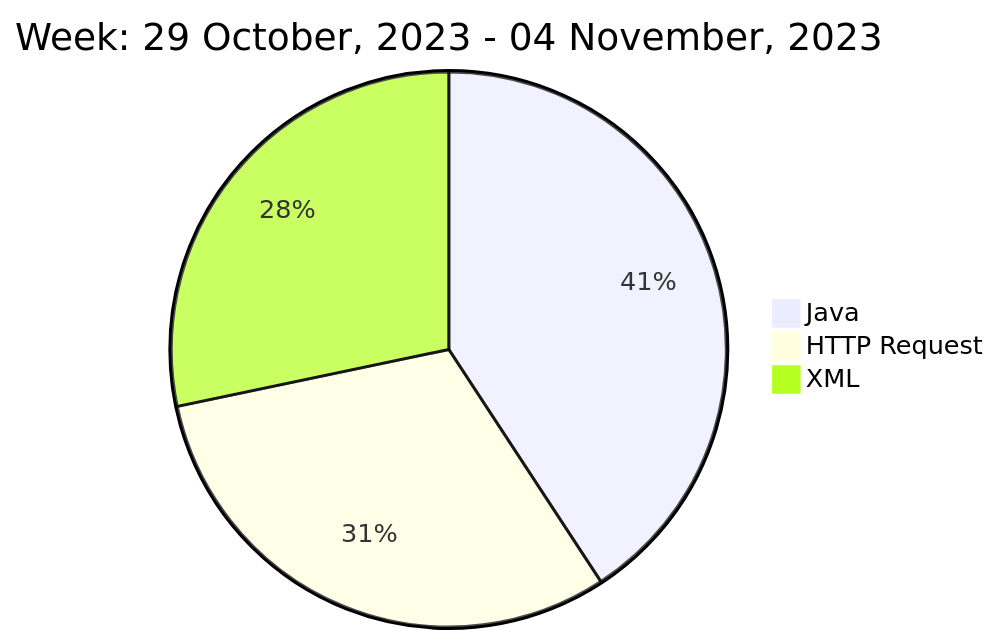
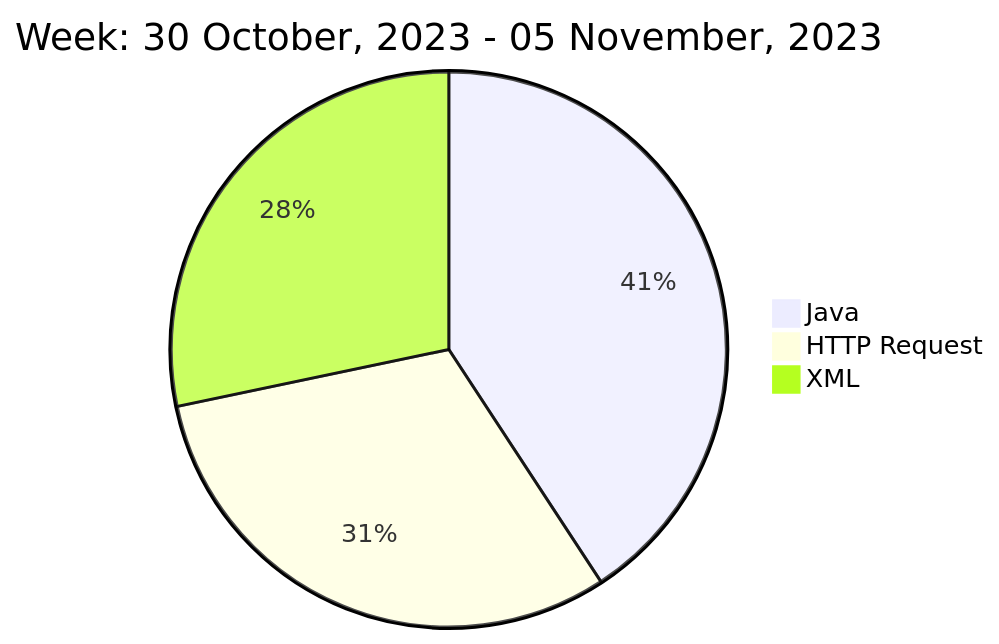
Before and after one commit to liubin95/liubin95: the diagram in README.md, drawn with Mermaid.

Commit message:
Updated the Graph with new Metrics

````diff
--- a/README.md
+++ b/README.md
@@ -40,7 +40,7 @@
 ```mermaid
  pie
-title Week: 29 October, 2023 - 04 November, 2023
+title Week: 30 October, 2023 - 05 November, 2023
  "Java" : 3.07
  "HTTP Request" : 2.33
  "XML" : 2.13
 ```
````
